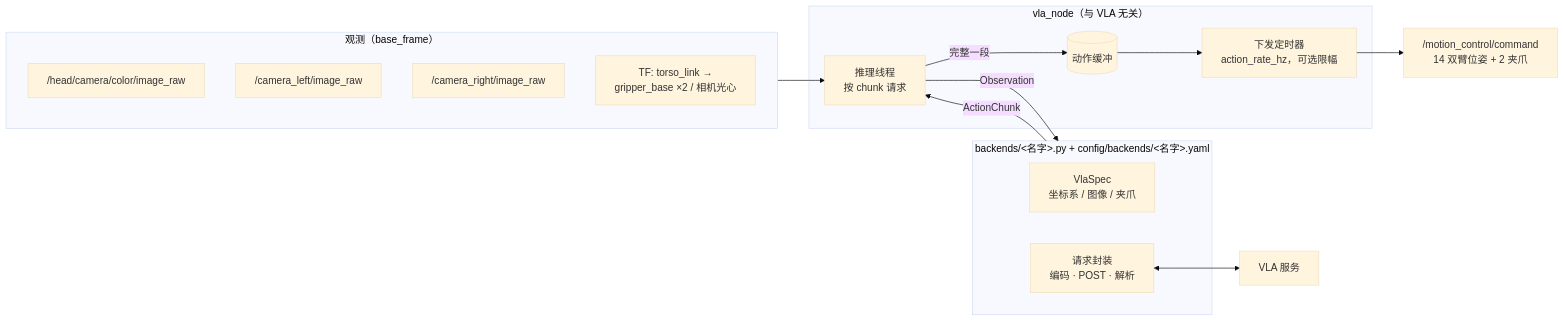
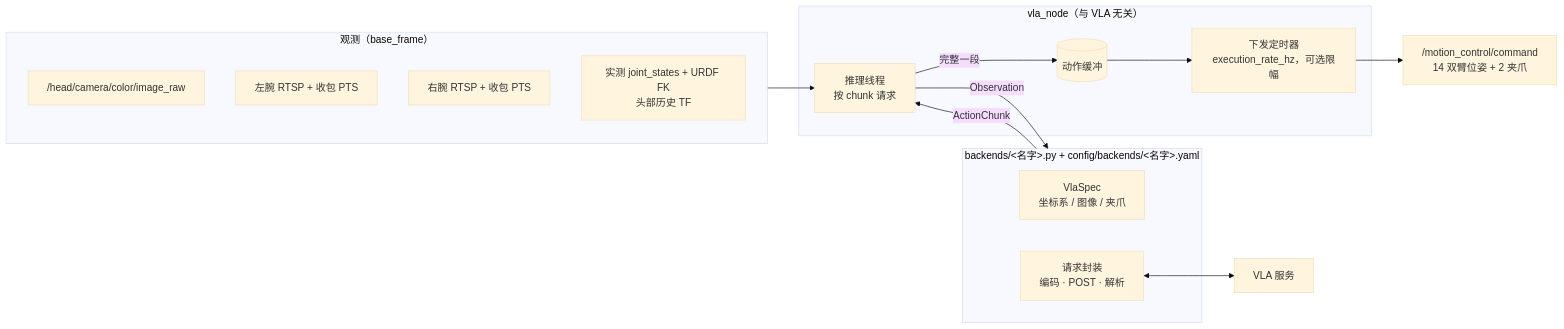
Before and after one commit to yizhongzhang1989/Unitree_G1_Workspace: the diagram in src/g1_vla_bridge/README.md, drawn with Mermaid (base theme). The commit also changed other lines of this file and 18 other files, not shown here.

````diff
--- a/src/g1_vla_bridge/README.md
+++ b/src/g1_vla_bridge/README.md
@@ -20,28 +20,28 @@
 ```mermaid
 flowchart LR
     subgraph obs["观测（base_frame）"]
         head["/head/camera/color/image_raw"]
-        wl["/camera_left/image_raw"]
-        wr["/camera_right/image_raw"]
-        tf["TF: torso_link →<br/>gripper_base ×2 / 相机光心"]
+        wl["左腕 RTSP + 收包 PTS"]
+        wr["右腕 RTSP + 收包 PTS"]
+        tf["实测 joint_states + URDF FK<br/>头部历史 TF"]
     end
 
     subgraph node["vla_node（与 VLA 无关）"]
         worker["推理线程<br/>按 chunk 请求"]
         buffer[("动作缓冲")]
-        timer["下发定时器<br/>action_rate_hz，可选限幅"]
+        timer["下发定时器<br/>execution_rate_hz，可选限幅"]
     end
 
     subgraph be["backends/&lt;名字&gt;.py + config/backends/&lt;名字&gt;.yaml"]
         spec["VlaSpec<br/>坐标系 / 图像 / 夹爪"]
         wire["请求封装<br/>编码 · POST · 解析"]
     end
 
     obs --> worker
     worker -- Observation --> be
     be -- ActionChunk --> worker
     wire <--> vla["VLA 服务"]
     worker -- 完整一段 --> buffer
     buffer --> timer
     timer --> mc["/motion_control/command<br/>14 双臂位姿 + 2 夹爪"]
 ```
````
